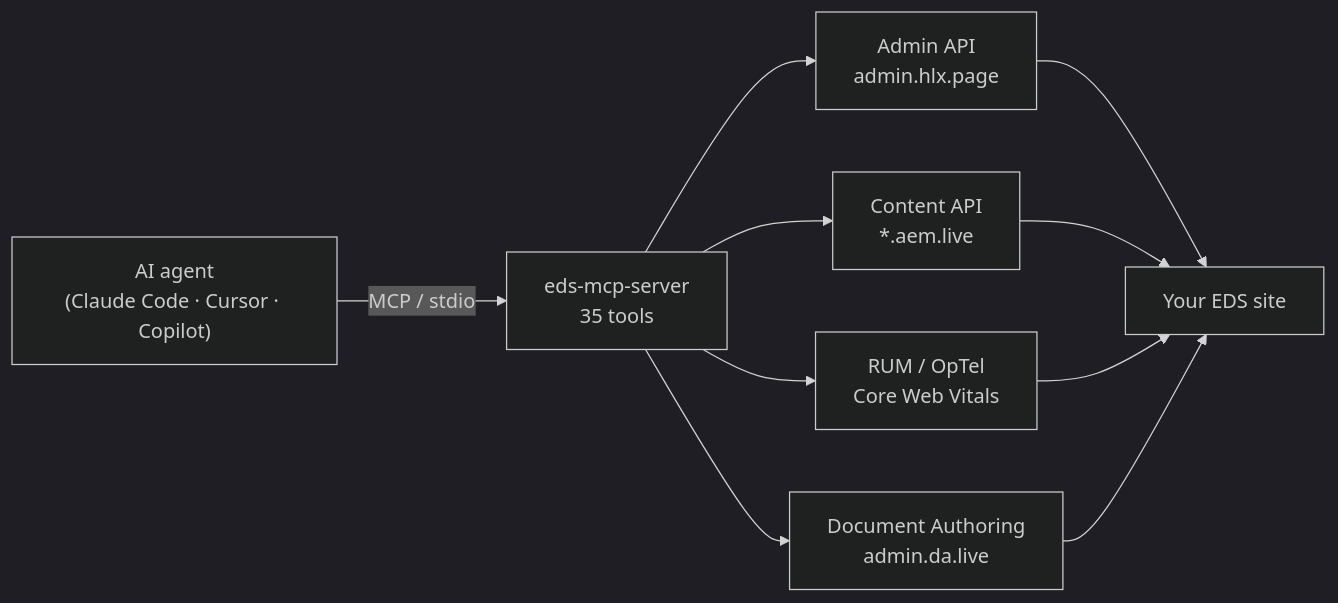
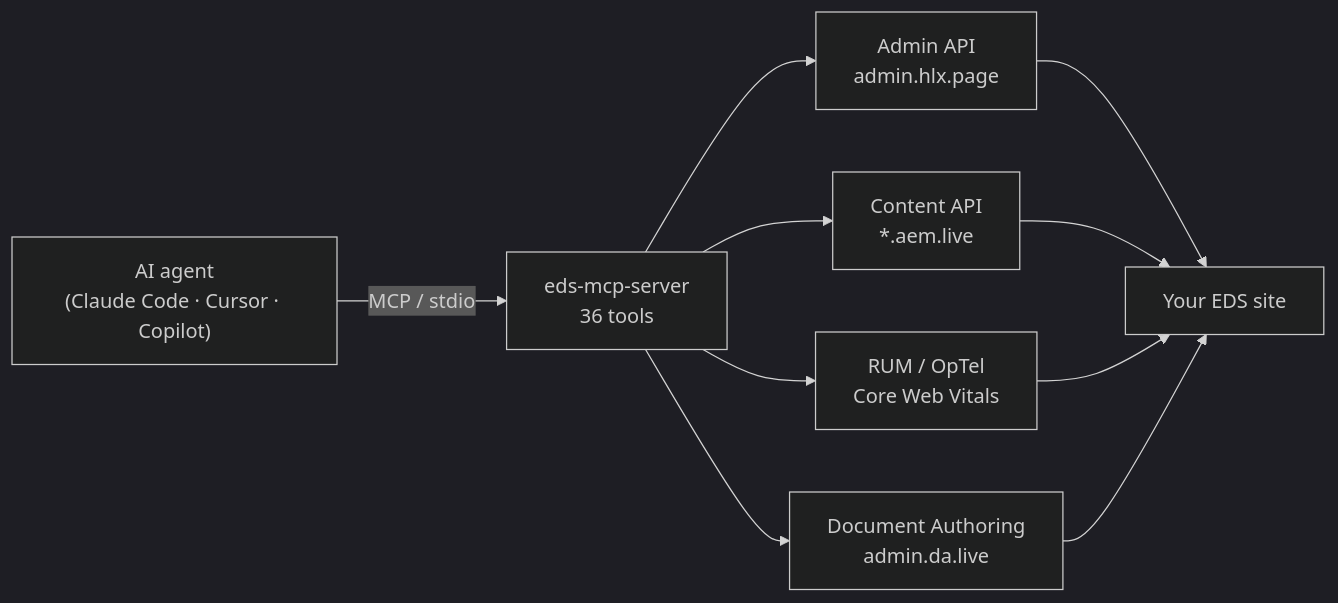
Before and after one commit to Focus-GTS/eds-mcp-server: the second of 3 diagrams in README.md, drawn with Mermaid (dark theme). The commit also changed other lines of this file and 7 other files, not shown here.

````diff
--- a/README.md
+++ b/README.md
@@ -57,12 +57,12 @@
 ```mermaid
 flowchart LR
-  A["AI agent<br/>(Claude Code · Cursor · Copilot)"] -- MCP / stdio --> B["eds-mcp-server<br/>35 tools"]
+  A["AI agent<br/>(Claude Code · Cursor · Copilot)"] -- MCP / stdio --> B["eds-mcp-server<br/>36 tools"]
   B --> C["Admin API<br/>admin.hlx.page"]
   B --> D["Content API<br/>*.aem.live"]
   B --> E["RUM / OpTel<br/>Core Web Vitals"]
   B --> G["Document Authoring<br/>admin.da.live"]
   C --> F["Your EDS site"]
   D --> F
   E --> F
   G --> F
 ```
````
